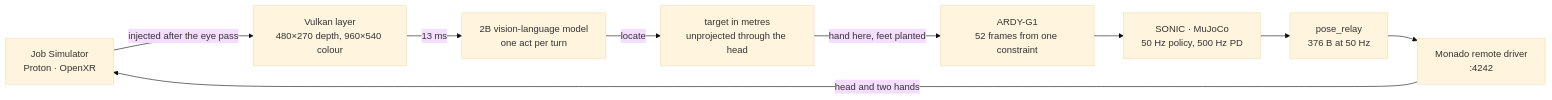
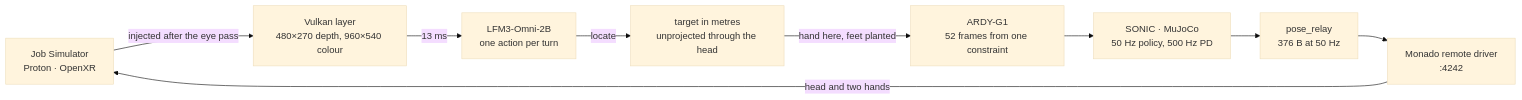
Before and after one commit to HasNate618/Clank: the diagram in README.md, drawn with Mermaid (base theme). The commit also changed other lines of this file and 1 other file, not shown here.

````diff
--- a/README.md
+++ b/README.md
@@ -29,18 +35,18 @@
 ```mermaid
 flowchart LR
     G["Job Simulator<br/>Proton · OpenXR"]
     L["Vulkan layer<br/>480×270 depth, 960×540 colour"]
-    V["2B vision-language model<br/>one act per turn"]
+    V["LFM3-Omni-2B<br/>one action per turn"]
     P["target in metres<br/>unprojected through the head"]
     A["ARDY-G1<br/>52 frames from one constraint"]
     S["SONIC · MuJoCo<br/>50 Hz policy, 500 Hz PD"]
     R["pose_relay<br/>376 B at 50 Hz"]
     M["Monado remote driver<br/>:4242"]
 
     G -->|"injected after the eye pass"| L
     L -->|"13 ms"| V
     V -->|"locate"| P
     P -->|"hand here, feet planted"| A
     A --> S --> R --> M
     M -->|"head and two hands"| G
 ```
````
